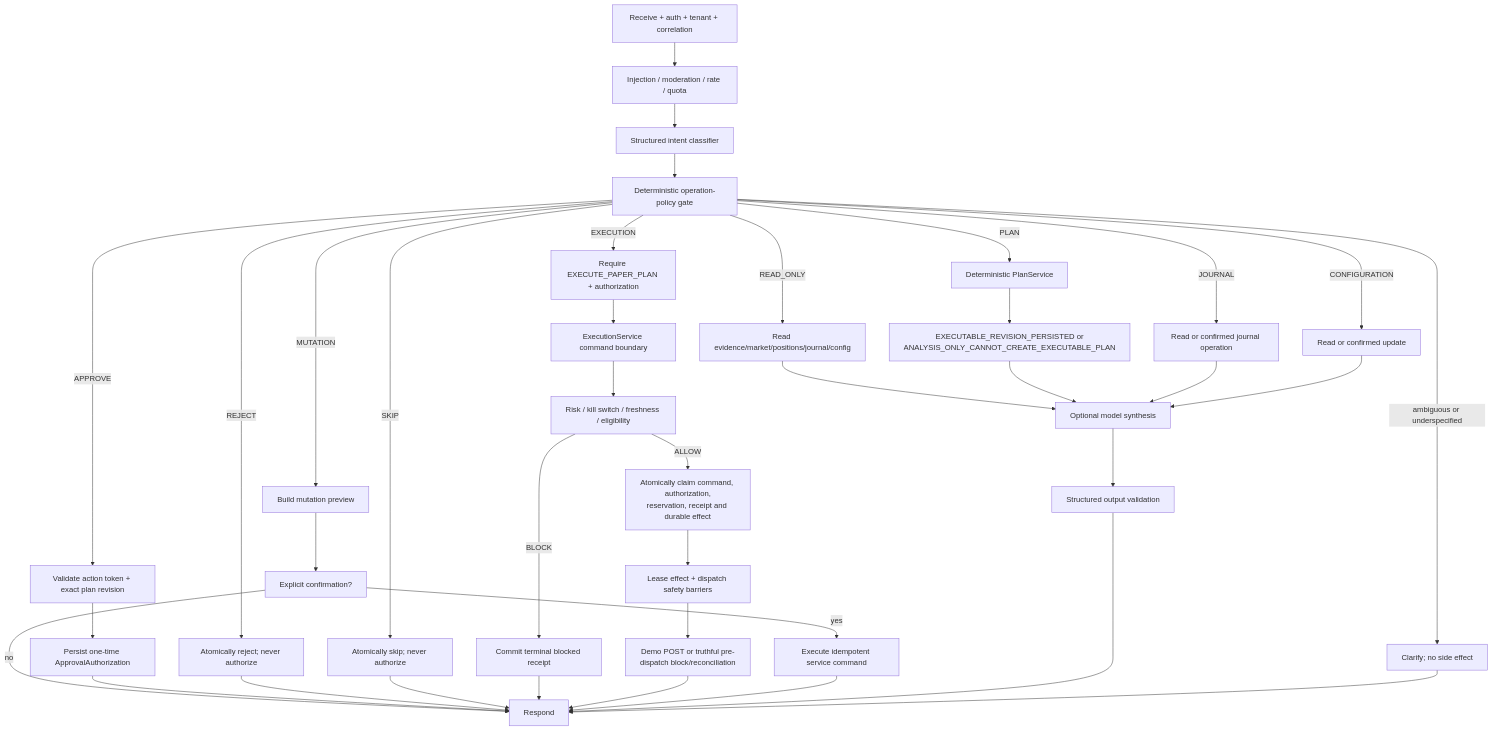
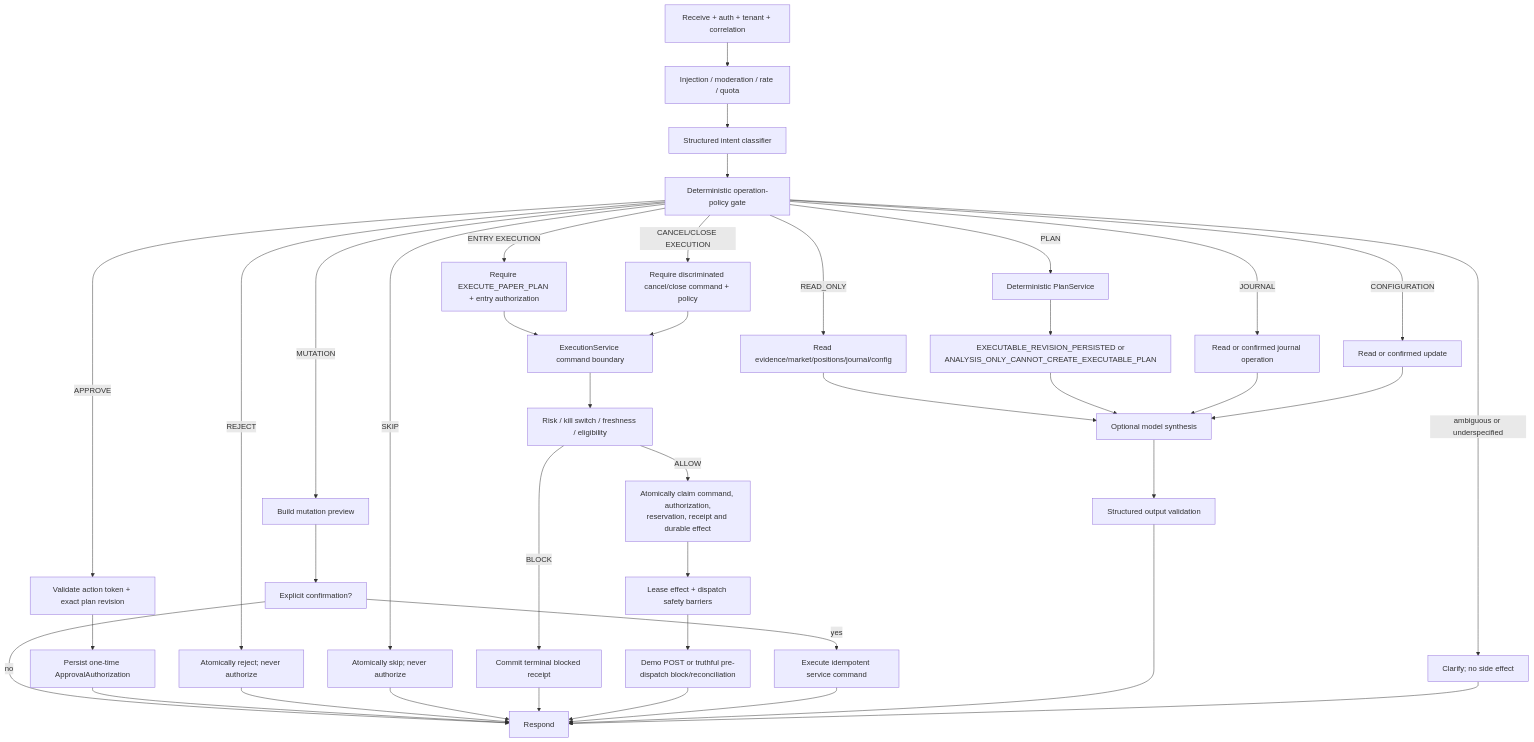
Before and after one commit to Fejjii/AlphaTrade-AI: the third of 6 diagrams in docs/redesign/agentic_redesign_target_architecture.md, drawn with Mermaid. The commit also changed other lines of this file and 1 other file, not shown here.

````diff
--- a/docs/redesign/agentic_redesign_target_architecture.md
+++ b/docs/redesign/agentic_redesign_target_architecture.md
@@ -212,40 +213,42 @@
 ```mermaid
 flowchart TD
     RCV["Receive + auth + tenant + correlation"] --> GRD["Injection / moderation / rate / quota"]
     GRD --> IC["Structured intent classifier"]
     IC --> POL["Deterministic operation-policy gate"]
     POL -->|ambiguous or underspecified| CLAR["Clarify; no side effect"]
     POL -->|READ_ONLY| READ["Read evidence/market/positions/journal/config"]
     POL -->|PLAN| PLAN["Deterministic PlanService"]
     POL -->|MUTATION| PREVIEW["Build mutation preview"]
     POL -->|APPROVE| APPA["Validate action token + exact plan revision"]
     POL -->|REJECT| REJ["Atomically reject; never authorize"]
     POL -->|SKIP| SKP["Atomically skip; never authorize"]
-    POL -->|EXECUTION| EXEG["Require EXECUTE_PAPER_PLAN + authorization"]
+    POL -->|ENTRY EXECUTION| EXEG["Require EXECUTE_PAPER_PLAN + entry authorization"]
+    POL -->|CANCEL/CLOSE EXECUTION| MGMT["Require discriminated cancel/close command + policy"]
     POL -->|CONFIGURATION| CFG["Read or confirmed update"]
     POL -->|JOURNAL| JOP["Read or confirmed journal operation"]
     PREVIEW --> CONF["Explicit confirmation?"]
     CONF -->|no| RESP["Respond"]
     CONF -->|yes| MUT["Execute idempotent service command"]
     APPA --> AUTHZ["Persist one-time ApprovalAuthorization"]
     AUTHZ --> RESP
     REJ --> RESP
     SKP --> RESP
     EXEG --> ES["ExecutionService command boundary"]
+    MGMT --> ES
     ES --> RISK["Risk / kill switch / freshness / eligibility"]
     RISK -->|BLOCK| BREC["Commit terminal blocked receipt"]
     BREC --> RESP
     RISK -->|ALLOW| CONS["Atomically claim command, authorization,<br/>reservation, receipt and durable effect"]
     CONS --> DSP["Lease effect + dispatch safety barriers"]
     DSP --> SUBMIT["Demo POST or truthful pre-dispatch block/reconciliation"]
     SUBMIT --> RESP
     READ --> SYN["Optional model synthesis"]
     PLAN --> PERSIST["EXECUTABLE_REVISION_PERSISTED or<br/>ANALYSIS_ONLY_CANNOT_CREATE_EXECUTABLE_PLAN"]
     PERSIST --> SYN
     JOP --> SYN
     CFG --> SYN
     MUT --> RESP
     SYN --> VAL["Structured output validation"]
     VAL --> RESP
     CLAR --> RESP
 ```
````
